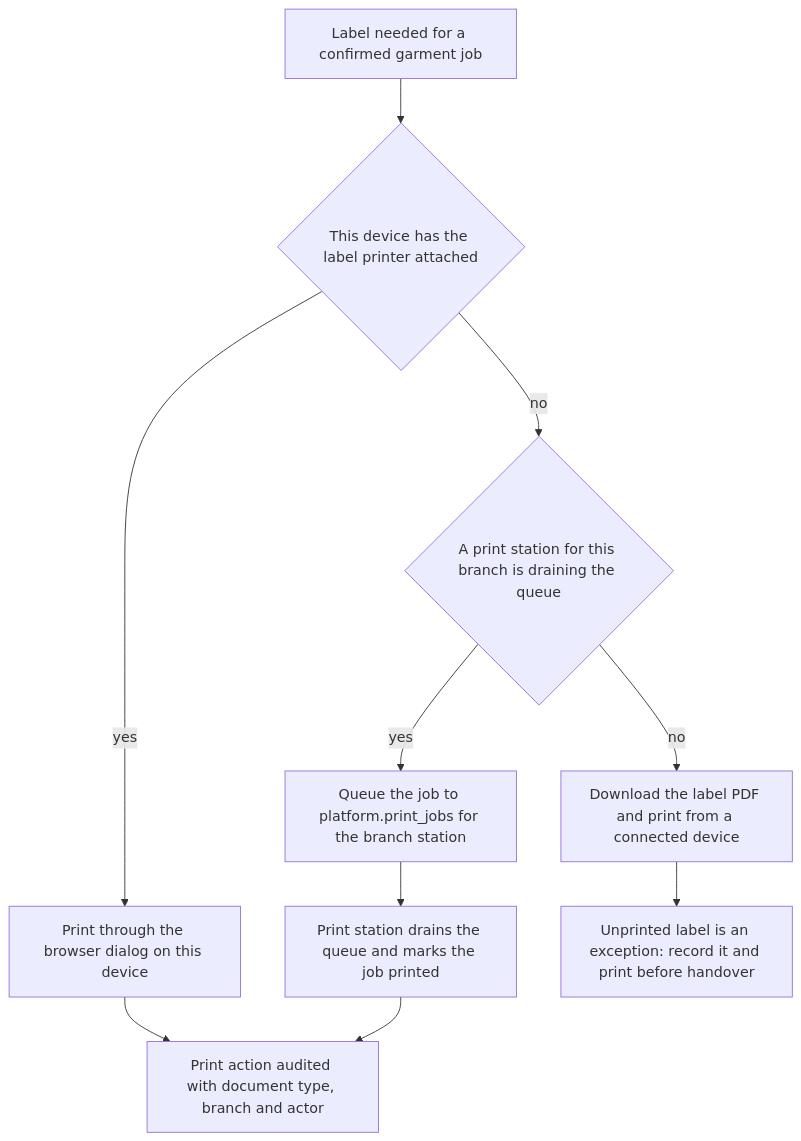
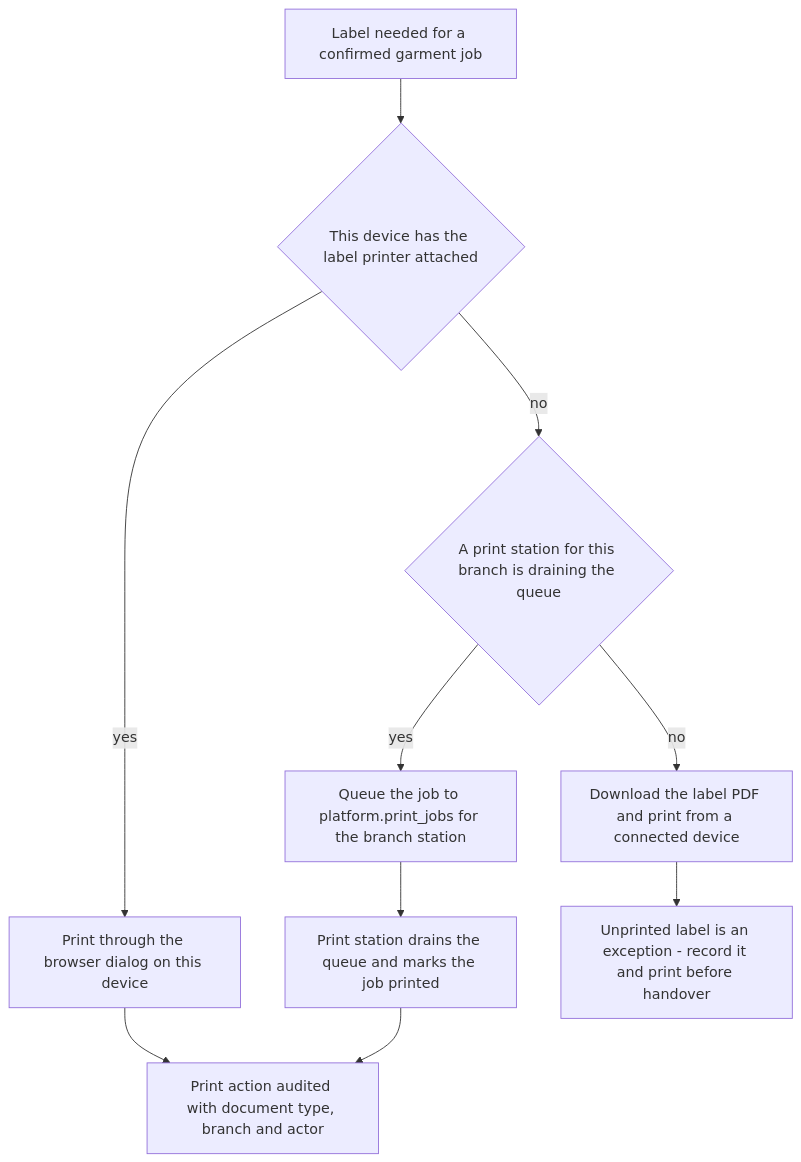
The second of 2 diagrams in docs/nfr/support-matrix.md (MK-AIFy/HyFib-Tailor360), drawn with Mermaid before and after one commit. The commit also changed other lines of this file and 3 other files, not shown here.

````diff
--- a/docs/nfr/support-matrix.md
+++ b/docs/nfr/support-matrix.md
@@ -242,12 +242,12 @@
 ```mermaid
 flowchart TD
     NEED[Label needed for a confirmed garment job] --> ATTACHED{This device has the label printer attached}
     ATTACHED -- yes --> DIRECT[Print through the browser dialog on this device]
     ATTACHED -- no --> STATION{A print station for this branch is draining the queue}
     STATION -- yes --> QUEUE[Queue the job to platform.print_jobs for the branch station]
     STATION -- no --> PDF[Download the label PDF and print from a connected device]
     QUEUE --> DRAIN[Print station drains the queue and marks the job printed]
-    PDF --> EXC[Unprinted label is an exception: record it and print before handover]
+    PDF --> EXC["Unprinted label is an exception - record it and print before handover"]
     DIRECT --> AUDITED[Print action audited with document type, branch and actor]
     DRAIN --> AUDITED
 ```
````
